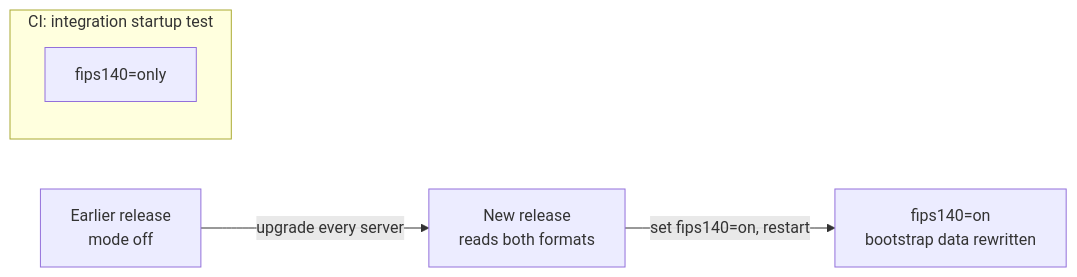
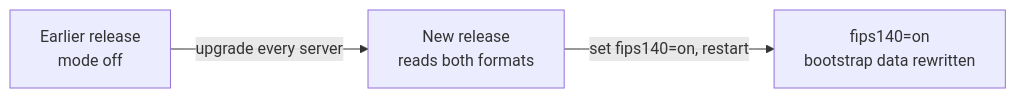
Before and after one commit to k3s-io/k3s: the diagram in docs/adrs/go-fips140-mode.md, drawn with Mermaid. The commit also changed other lines of this file, not shown here.

First line of the commit message:
Address review feedback on the FIPS ADR

````diff
--- a/docs/adrs/go-fips140-mode.md
+++ b/docs/adrs/go-fips140-mode.md
@@ -27,8 +29,5 @@
 ```mermaid
 flowchart LR
     A[Earlier release<br/>mode off] -->|upgrade every server| B[New release<br/>reads both formats]
     B -->|set fips140=on, restart| C[fips140=on<br/>bootstrap data rewritten]
-    subgraph CI["CI: integration startup test"]
-    D[fips140=only]
-    end
 ```
````
